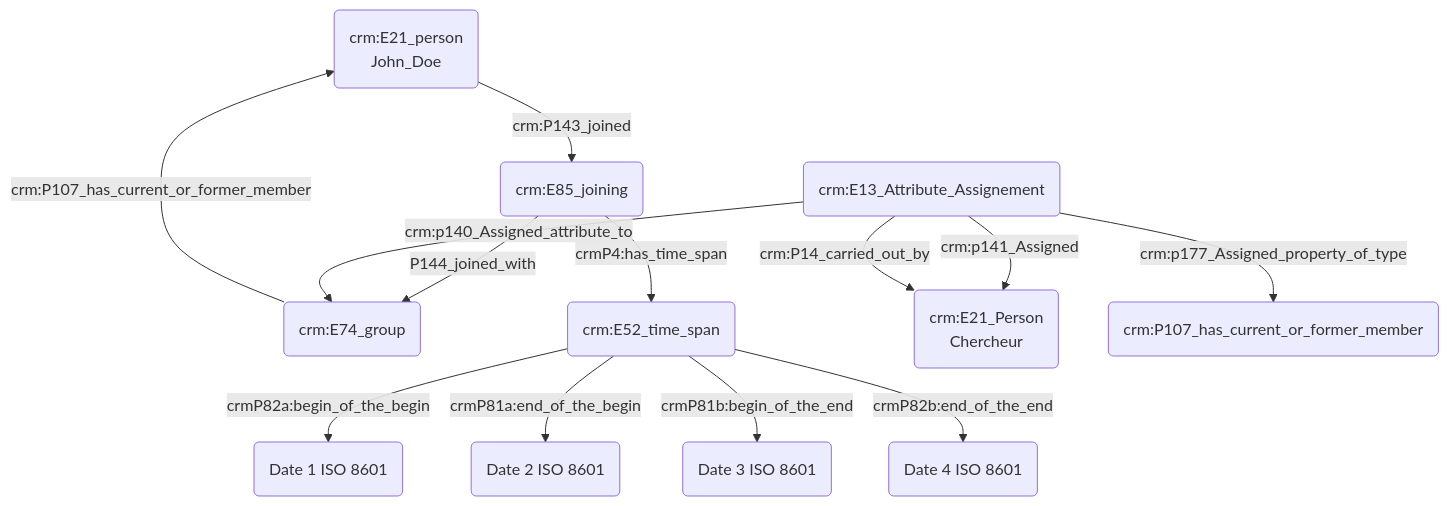
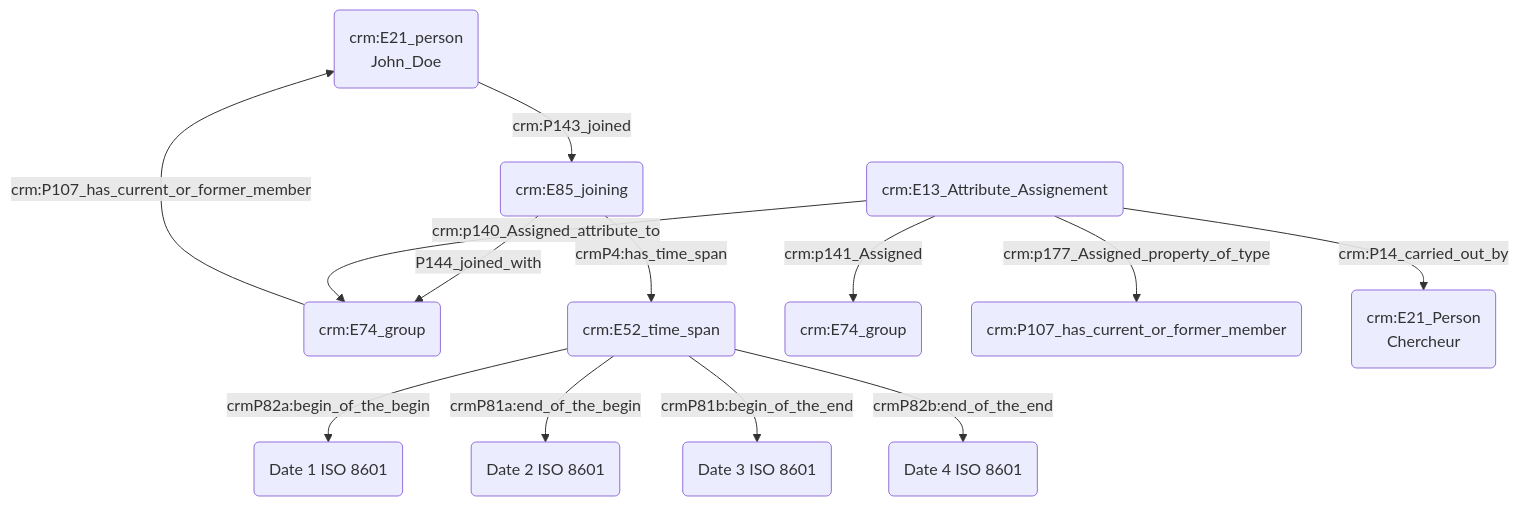
The second of 2 diagrams in modules/livrables/prosopographie/appartenance à un groupe social.md (Amleth/consortium-musica2-gt2-ontologies), drawn with Mermaid before and after one commit.

Commit message:
Update appartenance à un groupe social.md

````diff
--- a/modules/livrables/prosopographie/appartenance à un groupe social.md
+++ b/modules/livrables/prosopographie/appartenance à un groupe social.md
@@ -38,19 +38,19 @@
 ```mermaid
 graph TD;
 
 A(crm:E21_person<br>John_Doe) -->|crm:P143_joined| B(crm:E85_joining<br>Groupe)
 B(crm:E85_joining) --> |P144_joined_with| G(crm:E74_group)
 G(crm:E74_group) --> |crm:P107_has_current_or_former_member| A(crm:E21_person<br>John_Doe)
 
 B(crm:E85_joining) --> |crmP4:has_time_span| D(crm:E52_time_span)
 D(crm:E52_time_span) --> |crmP82a:begin_of_the_begin| E(Date 1 ISO 8601)
 D(crm:E52_time_span) --> |crmP81a:end_of_the_begin| I(Date 2 ISO 8601)
 D(crm:E52_time_span) --> |crmP81b:begin_of_the_end| J(Date 3 ISO 8601)
 D(crm:E52_time_span) --> |crmP82b:end_of_the_end| H(Date 4 ISO 8601)
 
 N(crm:E13_Attribute_Assignement) -->|crm:p141_Assigned| M(crm:E74_group)
 N(crm:E13_Attribute_Assignement) -->|crm:p177_Assigned_property_of_type| L(crm:P107_has_current_or_former_member)
 N(crm:E13_Attribute_Assignement) --> |crm:p140_Assigned_attribute_to| G(crm:E74_group)
-N(crm:E13_Attribute_Assignement) --> |crm:P14_carried_out_by| M(crm:E21_Person<br>Chercheur)
+N(crm:E13_Attribute_Assignement) --> |crm:P14_carried_out_by| O(crm:E21_Person<br>Chercheur)
 
 ```
````
